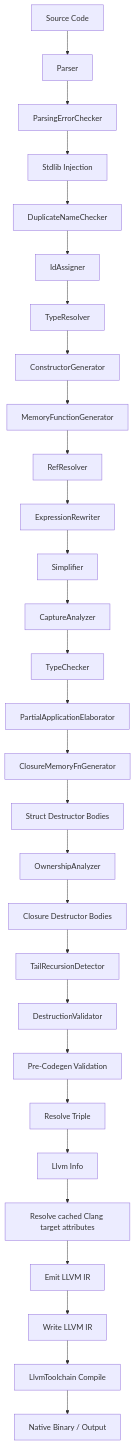
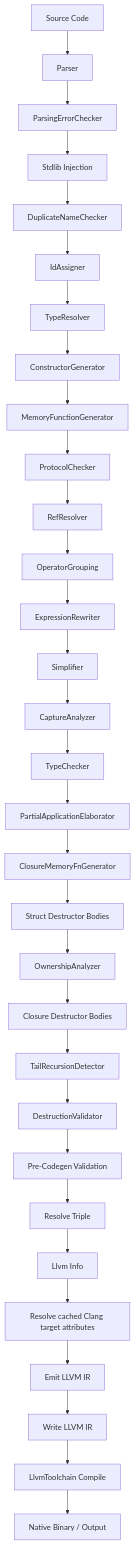
The diagram in docs/design/compiler-design.md (fedesilva/minnieml), drawn with Mermaid before and after one commit. The commit also changed other lines of this file and 307 other files, not shown here.

````diff
--- a/docs/design/compiler-design.md
+++ b/docs/design/compiler-design.md
@@ -1835,31 +2009,33 @@
 ```mermaid
 flowchart TD
     Source[Source Code] --> Parse[Parser]
     Parse --> PEC[ParsingErrorChecker]
     PEC --> Inject[Stdlib Injection]
     Inject --> DNC[DuplicateNameChecker]
     DNC --> IDA[IdAssigner]
     IDA --> TR[TypeResolver]
     TR --> CG[ConstructorGenerator]
     CG --> MFG[MemoryFunctionGenerator]
-    MFG --> RR[RefResolver]
-    RR --> ER[ExpressionRewriter]
+    MFG --> PC[ProtocolChecker]
+    PC --> RR[RefResolver]
+    RR --> OG[OperatorGrouping]
+    OG --> ER[ExpressionRewriter]
     ER --> S[Simplifier]
     S --> CA[CaptureAnalyzer]
     CA --> TC[TypeChecker]
     TC --> PAP[PartialApplicationElaborator]
     PAP --> CMG[ClosureMemoryFnGenerator]
     CMG --> SD[Struct Destructor Bodies]
     SD --> OA[OwnershipAnalyzer]
     OA --> DB[Closure Destructor Bodies]
     DB --> TRD[TailRecursionDetector]
     TRD --> DV[DestructionValidator]
     DV --> VAL[Pre-Codegen Validation]
     VAL --> RT[Resolve Triple]
     RT --> LI[Llvm Info]
     LI --> TA[Resolve cached Clang target attributes]
     TA --> EM[Emit LLVM IR]
     EM --> WI[Write LLVM IR]
     WI --> TOOL[LlvmToolchain Compile]
     TOOL --> Binary[Native Binary / Output]
 ```
````
